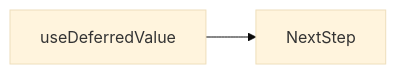
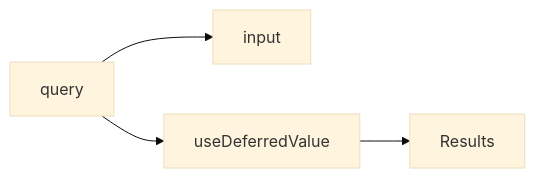
The second of 2 diagrams in docs/en/10-react/deferred-value/index.md (OmidJavaherii/Frontend-Engineering-Handbook), drawn with Mermaid (base theme) before and after one commit. The commit also changed other lines of this file and 461 other files, not shown here.

````diff
--- a/docs/en/10-react/deferred-value/index.md
+++ b/docs/en/10-react/deferred-value/index.md
@@ -95,4 +112,6 @@
 ```mermaid
 flowchart LR
-  concept[useDeferredValue] --> nextStep[NextStep]
+  query --> input
+  query --> defer[useDeferredValue]
+  defer --> Results
 ```
````
